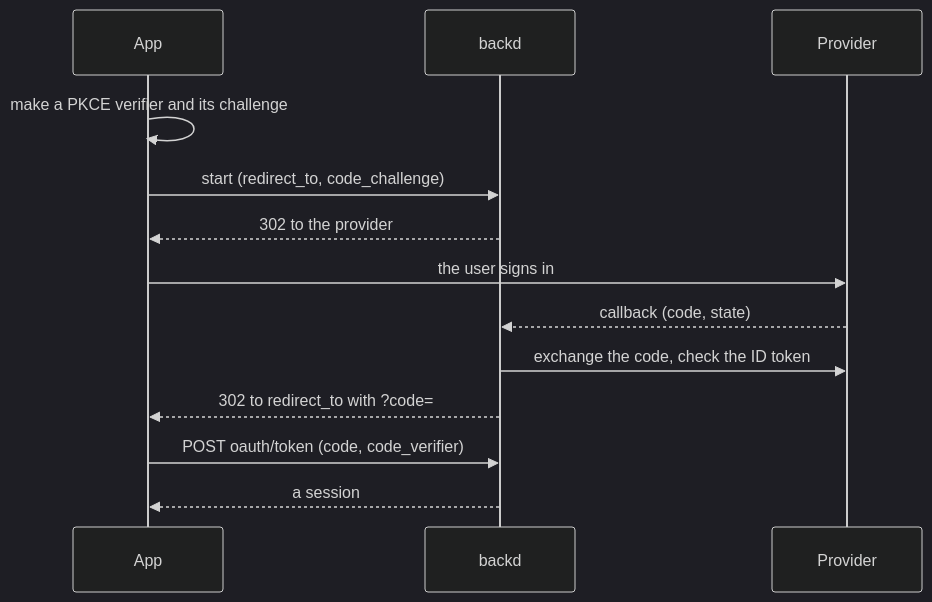
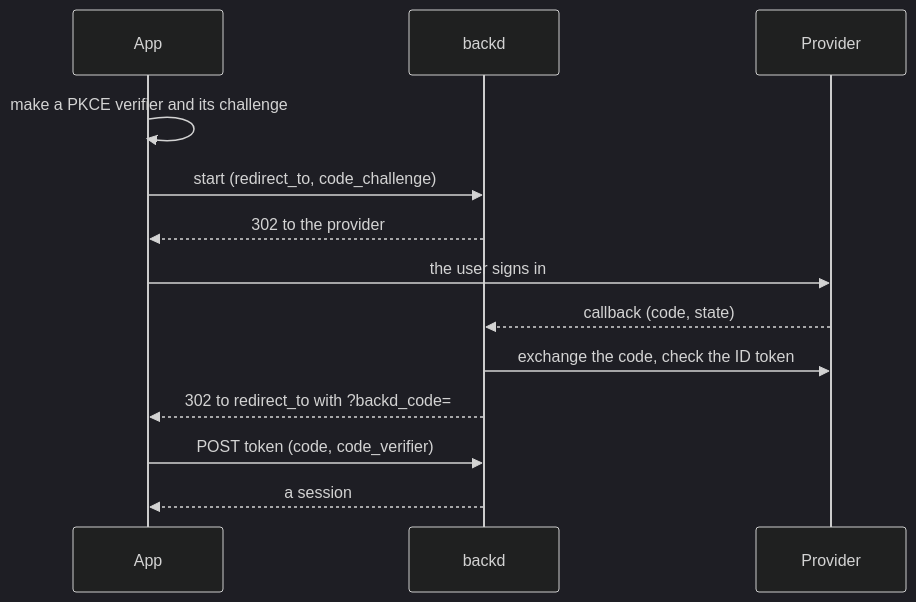
Before and after one commit to fernandezvara/backd: the diagram in docs/content/docs/auth/providers.md, drawn with Mermaid (dark theme). The commit also changed other lines of this file and 18 other files, not shown here.

````diff
--- a/docs/content/docs/auth/providers.md
+++ b/docs/content/docs/auth/providers.md
@@ -55,15 +55,15 @@
 ```mermaid
 sequenceDiagram
     participant App as App
     participant B as backd
     participant P as Provider
     App->>App: make a PKCE verifier and its challenge
     App->>B: start (redirect_to, code_challenge)
     B-->>App: 302 to the provider
     App->>P: the user signs in
     P-->>B: callback (code, state)
     B->>P: exchange the code, check the ID token
-    B-->>App: 302 to redirect_to with ?code=
-    App->>B: POST oauth/token (code, code_verifier)
+    B-->>App: 302 to redirect_to with ?backd_code=
+    App->>B: POST token (code, code_verifier)
     B-->>App: a session
 ```
````
